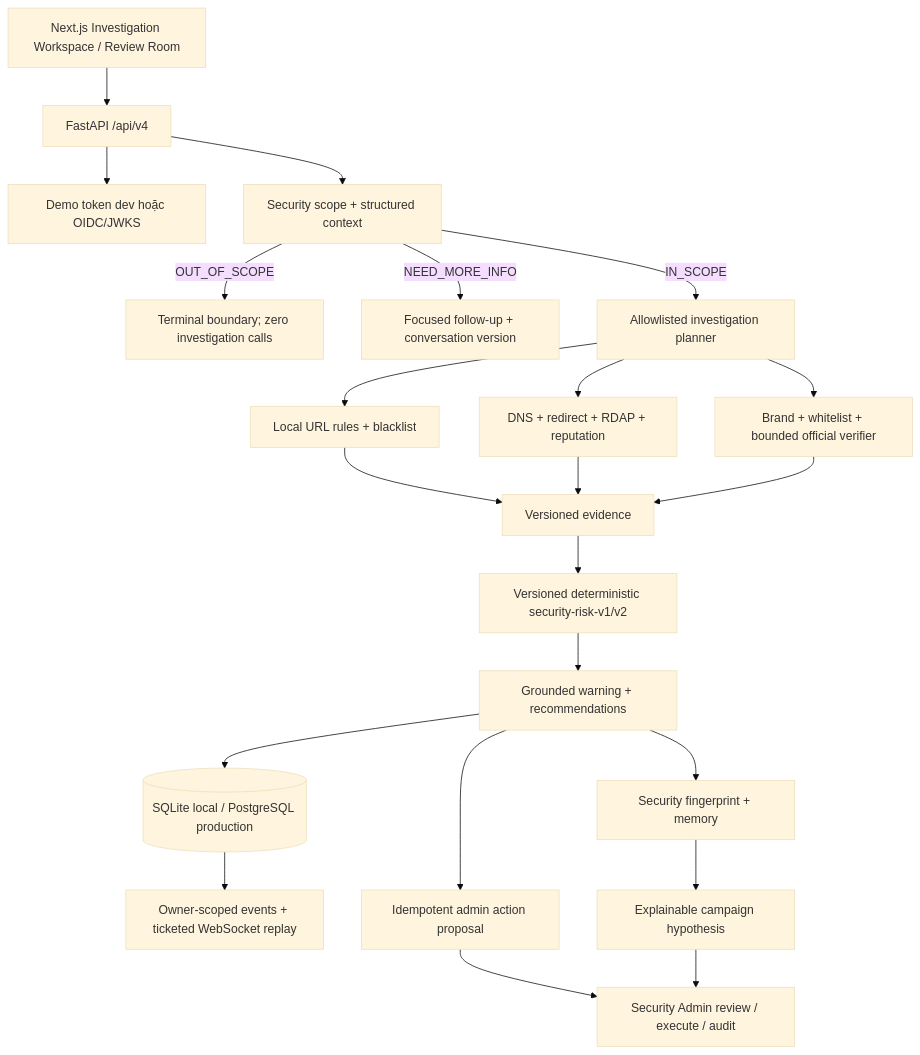
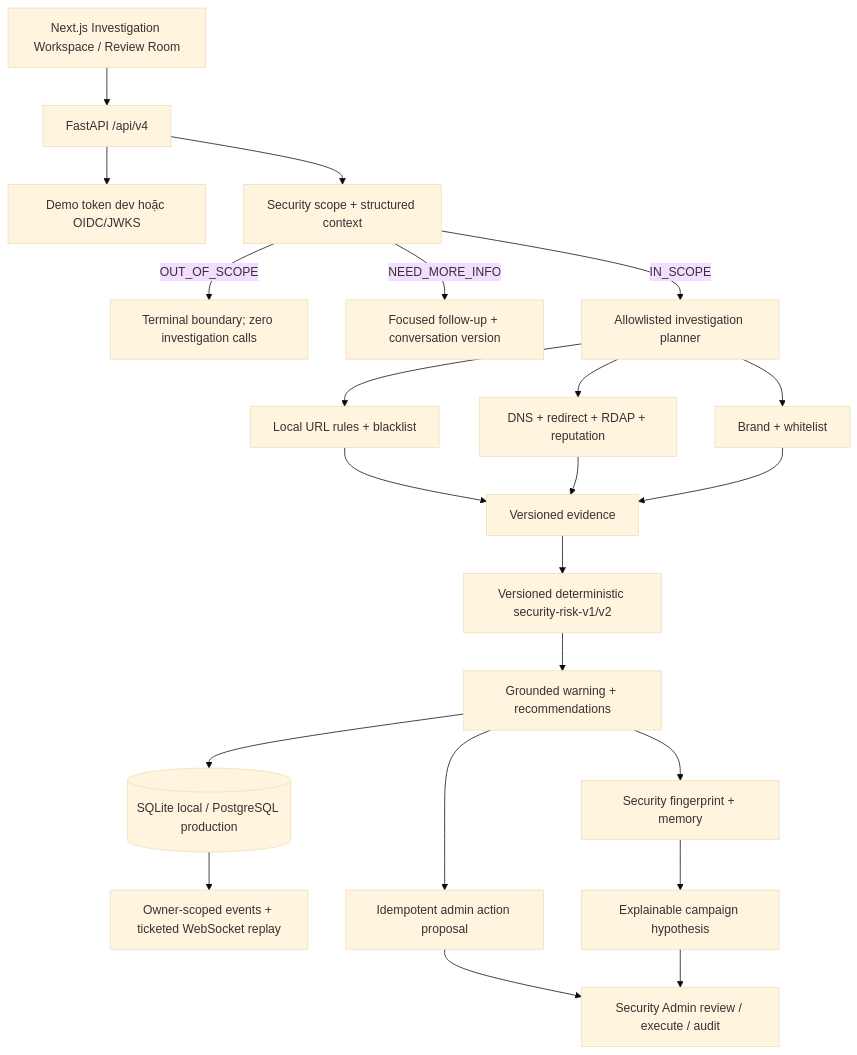
Before and after one commit to Binhdn04/TrustGuard-AI: the diagram in docs/01-ARCHITECTURE.md, drawn with Mermaid (base theme). The commit also changed other lines of this file and 77 other files, not shown here.

````diff
--- a/docs/01-ARCHITECTURE.md
+++ b/docs/01-ARCHITECTURE.md
@@ -21,24 +21,24 @@
 ```mermaid
 flowchart TD
     UI[Next.js Investigation Workspace / Review Room] --> API[FastAPI /api/v4]
     API --> Auth[Demo token dev hoặc OIDC/JWKS]
     API --> Scope[Security scope + structured context]
     Scope -->|OUT_OF_SCOPE| Boundary[Terminal boundary; zero investigation calls]
     Scope -->|NEED_MORE_INFO| FollowUp[Focused follow-up + conversation version]
     Scope -->|IN_SCOPE| Planner[Allowlisted investigation planner]
     Planner --> Local[Local URL rules + blacklist]
     Planner --> External[DNS + redirect + RDAP + reputation]
-    Planner --> Trust[Brand + whitelist + bounded official verifier]
+    Planner --> Trust[Brand + whitelist]
     Local --> Evidence[Versioned evidence]
     External --> Evidence
     Trust --> Evidence
     Evidence --> Risk[Versioned deterministic security-risk-v1/v2]
     Risk --> Result[Grounded warning + recommendations]
     Result --> Store[(SQLite local / PostgreSQL production)]
     Store --> Events[Owner-scoped events + ticketed WebSocket replay]
     Result --> HITL[Idempotent admin action proposal]
     Result --> Memory[Security fingerprint + memory]
     Memory --> Campaign[Explainable campaign hypothesis]
     HITL --> Admin[Security Admin review / execute / audit]
     Campaign --> Admin
 ```
````
